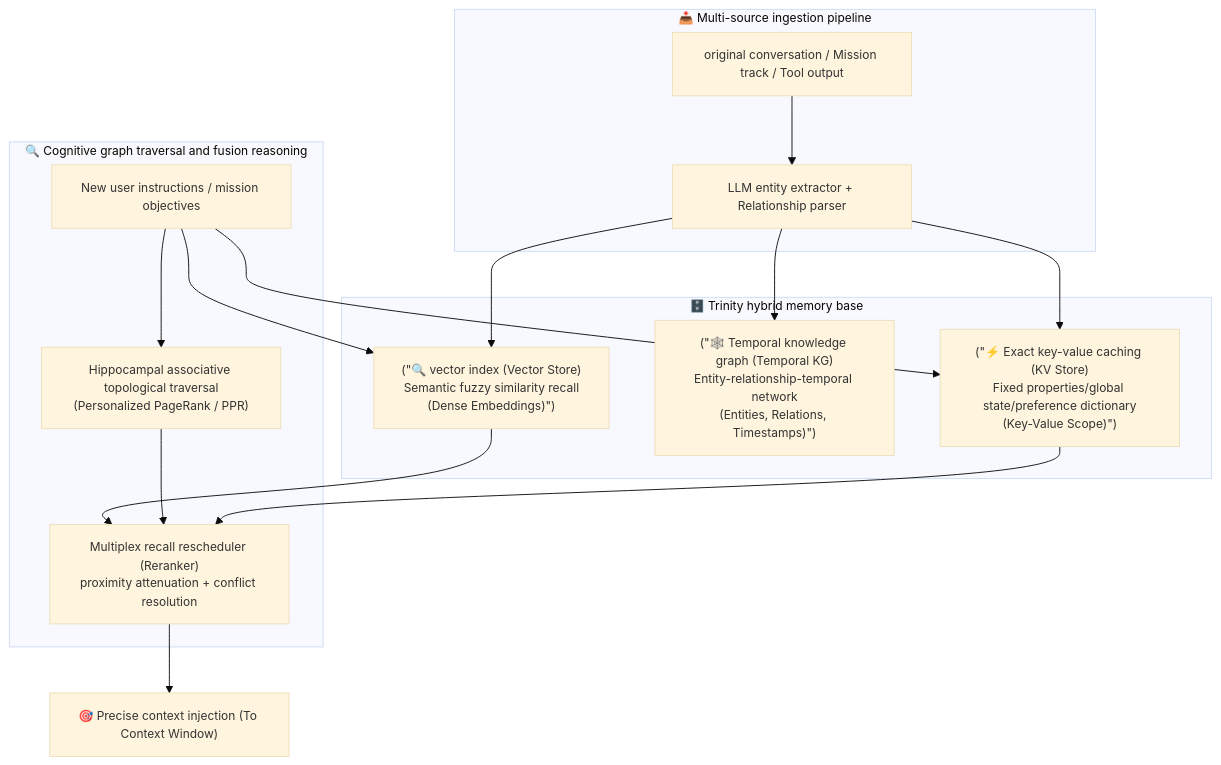
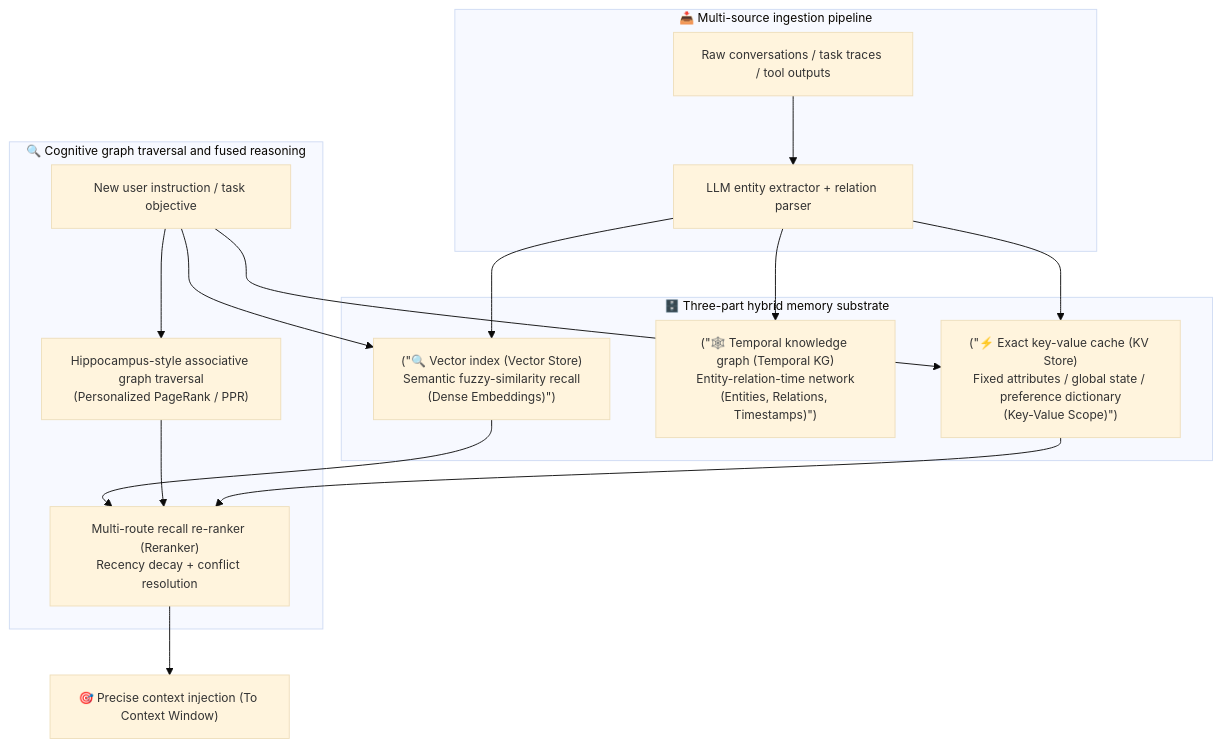
Diagram 14 of 50 in _translations/en/research/AI-Agent-Survey.md (TingdeLiu/tingdeliu.github.io), drawn with Mermaid before and after one commit. The commit also changed other lines of this file and 51 other files, not shown here.

````diff
--- a/_translations/en/research/AI-Agent-Survey.md
+++ b/_translations/en/research/AI-Agent-Survey.md
@@ -931,26 +931,26 @@
 ```mermaid
 %%{init: {'theme': 'base', 'themeVariables': { 'fontSize': '13px'}}}%%
 flowchart TD
     subgraph INGESTION ["📥 Multi-source ingestion pipeline"]
-        RAW["original conversation / Mission track / Tool output"]
-        EXT["LLM entity extractor + Relationship parser"]
+        RAW["Raw conversations / task traces / tool outputs"]
+        EXT["LLM entity extractor + relation parser"]
         RAW --> EXT
     end
 
-    subgraph TRI_STORAGE ["🗄️ Trinity hybrid memory base"]
-        VEC["(&quot;🔍 vector index (Vector Store)\nSemantic fuzzy similarity recall\n(Dense Embeddings)&quot;)"]
-        TKG["(&quot;🕸️ Temporal knowledge graph (Temporal KG)\nEntity-relationship-temporal network\n(Entities, Relations, Timestamps)&quot;)"]
-        KVC["(&quot;⚡ Exact key-value caching (KV Store)\nFixed properties/global state/preference dictionary\n(Key-Value Scope)&quot;)"]
+    subgraph TRI_STORAGE ["🗄️ Three-part hybrid memory substrate"]
+        VEC["(&quot;🔍 Vector index (Vector Store)\nSemantic fuzzy-similarity recall\n(Dense Embeddings)&quot;)"]
+        TKG["(&quot;🕸️ Temporal knowledge graph (Temporal KG)\nEntity-relation-time network\n(Entities, Relations, Timestamps)&quot;)"]
+        KVC["(&quot;⚡ Exact key-value cache (KV Store)\nFixed attributes / global state / preference dictionary\n(Key-Value Scope)&quot;)"]
     end
 
-    subgraph RETRIEVAL ["🔍 Cognitive graph traversal and fusion reasoning"]
-        QUERY["New user instructions / mission objectives"]
-        PPR["Hippocampal associative topological traversal\n(Personalized PageRank / PPR)"]
-        FUSE["Multiplex recall rescheduler (Reranker)\nproximity attenuation + conflict resolution"]
+    subgraph RETRIEVAL ["🔍 Cognitive graph traversal and fused reasoning"]
+        QUERY["New user instruction / task objective"]
+        PPR["Hippocampus-style associative graph traversal\n(Personalized PageRank / PPR)"]
+        FUSE["Multi-route recall re-ranker (Reranker)\nRecency decay + conflict resolution"]
     end
 
     EXT --> VEC & TKG & KVC
     QUERY --> VEC & PPR & KVC
     VEC & PPR & KVC --> FUSE
     FUSE --> FINAL["🎯 Precise context injection (To Context Window)"]
 ```
````
